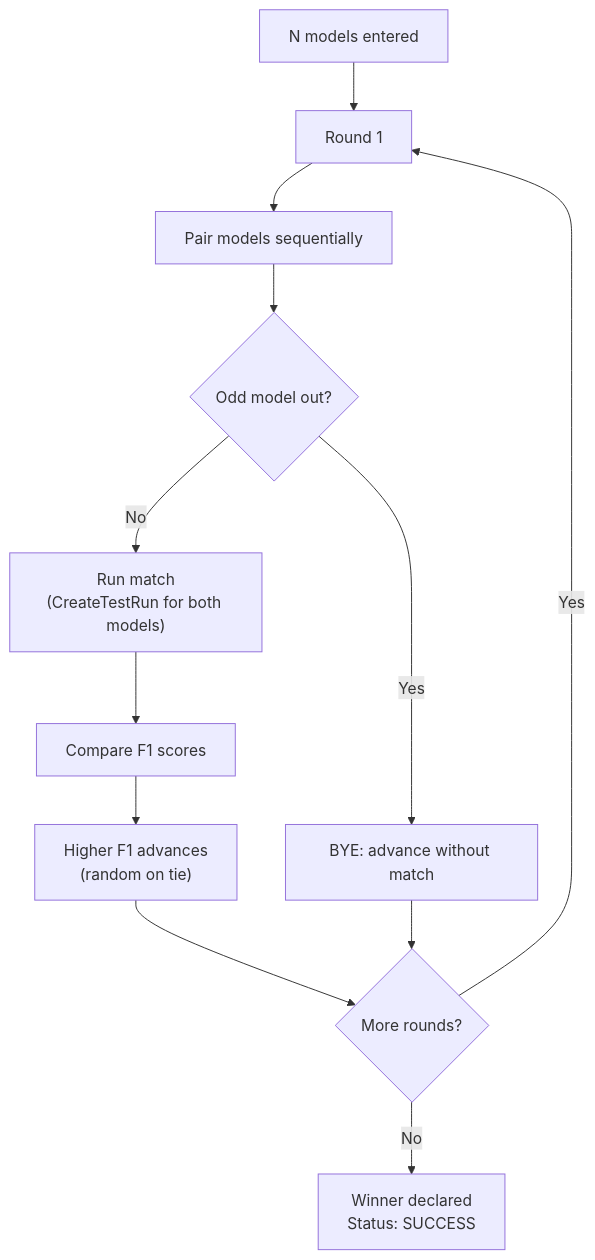
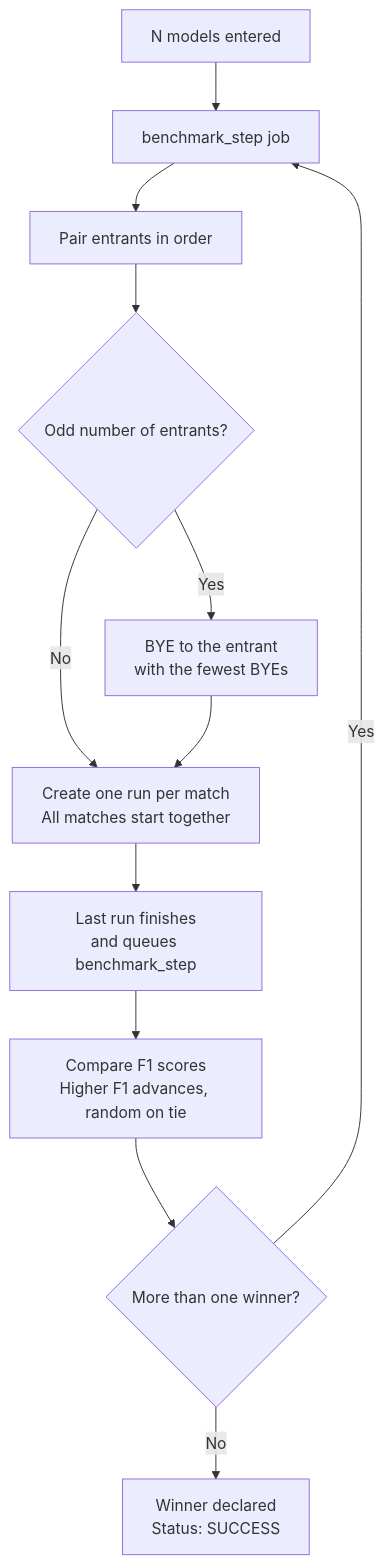
The sixth of 8 diagrams in docs/mpac_guide.md (pelidum/mpac), drawn with Mermaid before and after one commit. The commit also changed other lines of this file and 286 other files, not shown here.

````diff
--- a/docs/mpac_guide.md
+++ b/docs/mpac_guide.md
@@ -640,14 +796,14 @@
 ```mermaid
 flowchart TB
-    Start["N models entered"] --> R1["Round 1"]
-    R1 --> Pair["Pair models sequentially"]
-    Pair --> Odd{Odd model out?}
-    Odd -->|Yes| BYE["BYE: advance without match"]
-    Odd -->|No| Match["Run match\n(CreateTestRun for both models)"]
-    Match --> Compare["Compare F1 scores"]
-    Compare --> Winner["Higher F1 advances\n(random on tie)"]
-    Winner --> NextRound{More rounds?}
-    BYE --> NextRound
-    NextRound -->|Yes| R1
+    Start["N models entered"] --> Step["benchmark_step job"]
+    Step --> Pair["Pair entrants in order"]
+    Pair --> Odd{Odd number of entrants?}
+    Odd -->|Yes| BYE["BYE to the entrant\nwith the fewest BYEs"]
+    Odd -->|No| Match
+    BYE --> Match["Create one run per match\nAll matches start together"]
+    Match --> Done["Last run finishes\nand queues benchmark_step"]
+    Done --> Compare["Compare F1 scores\nHigher F1 advances, random on tie"]
+    Compare --> NextRound{More than one winner?}
+    NextRound -->|Yes| Step
     NextRound -->|No| Final["Winner declared\nStatus: SUCCESS"]
 ```
````
